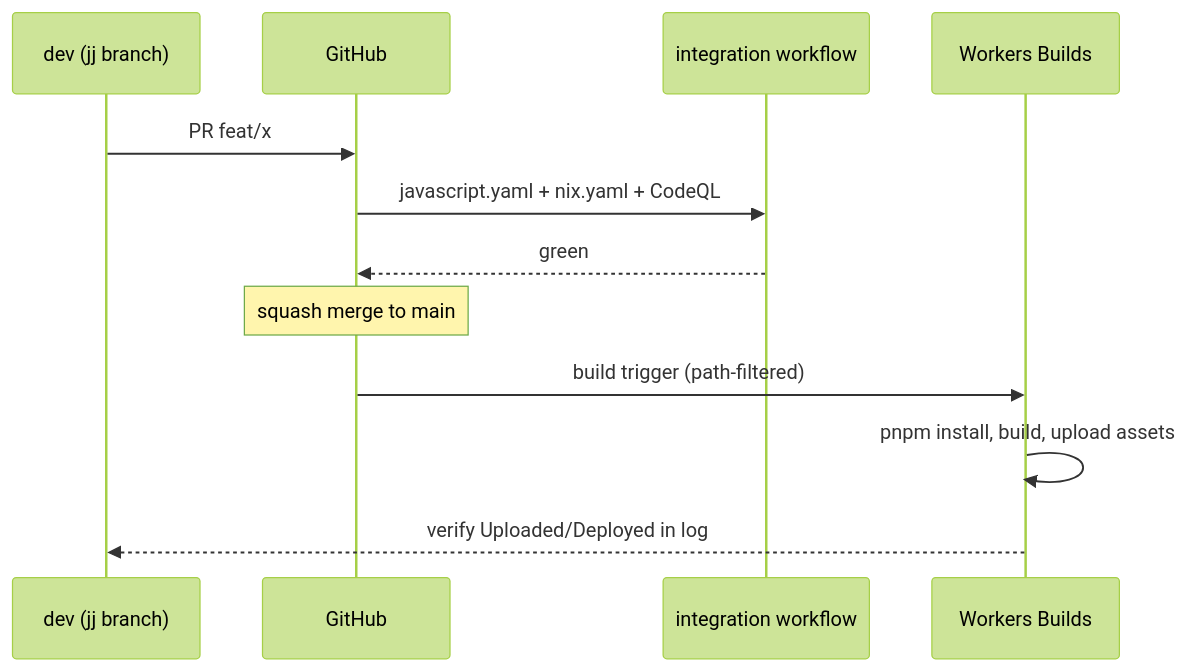
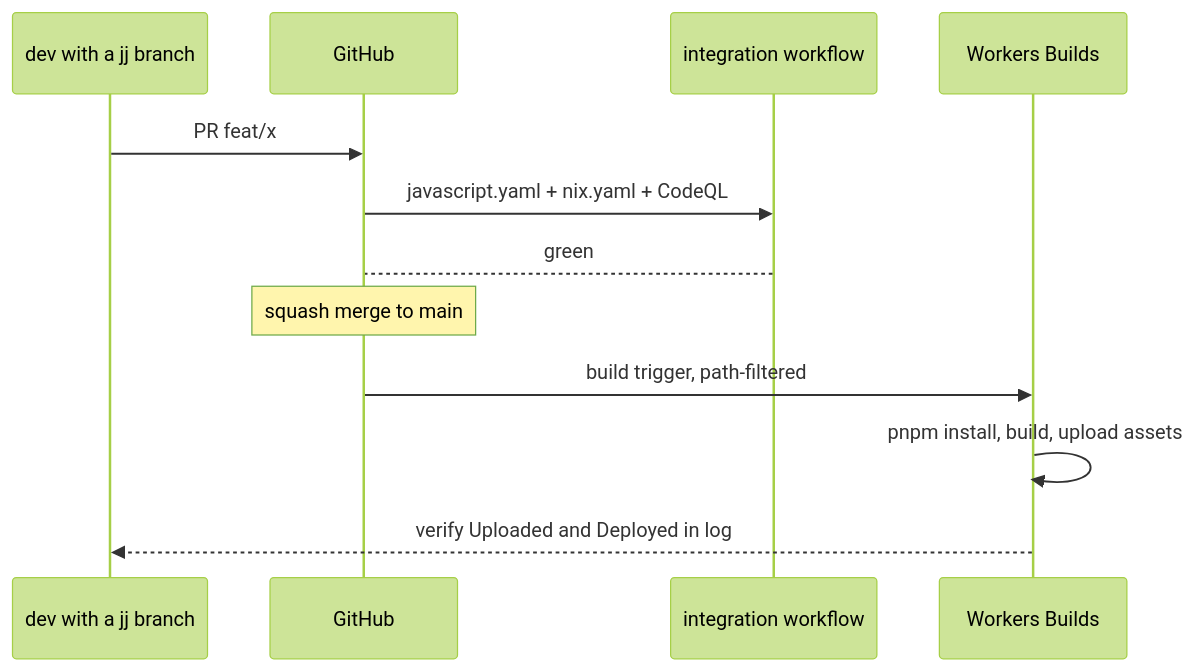
The second of 2 diagrams in apps/docs/docs/products/web-properties.md (shikanime-studio/websites), drawn with Mermaid (forest theme) before and after one commit. The commit also changed other lines of this file and 18 other files, not shown here.

````diff
--- a/apps/docs/docs/products/web-properties.md
+++ b/apps/docs/docs/products/web-properties.md
@@ -71,14 +83,14 @@
 ```mermaid
 sequenceDiagram
-  participant D as dev (jj branch)
+  participant D as dev with a jj branch
   participant GH as GitHub
   participant CI as integration workflow
   participant W as Workers Builds
   D->>GH: PR feat/x
   GH->>CI: javascript.yaml + nix.yaml + CodeQL
-  CI-->>GH: green
+  CI-->GH: green
   Note over GH: squash merge to main
-  GH->>W: build trigger (path-filtered)
+  GH->>W: build trigger, path-filtered
   W->>W: pnpm install, build, upload assets
-  W-->>D: verify Uploaded/Deployed in log
+  W-->>D: verify Uploaded and Deployed in log
 ```
````
